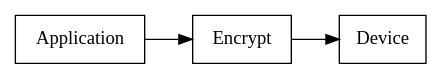
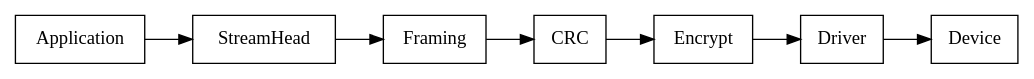
One commit to Oichkatzelesfrettschen/exov6 changed the diagram in streams_stack.dot. Above: the diagram before and after it, drawn with Graphviz.

Commit message:
docs: update STREAMS diagram

```diff
--- a/streams_stack.dot
+++ b/streams_stack.dot
@@ -1,5 +1,5 @@
 digraph StreamsStack {
     rankdir=LR;
     node [shape=box];
-    Application -> Encrypt -> Device;
+    Application -> StreamHead -> Framing -> CRC -> Encrypt -> Driver -> Device;
 }
```
